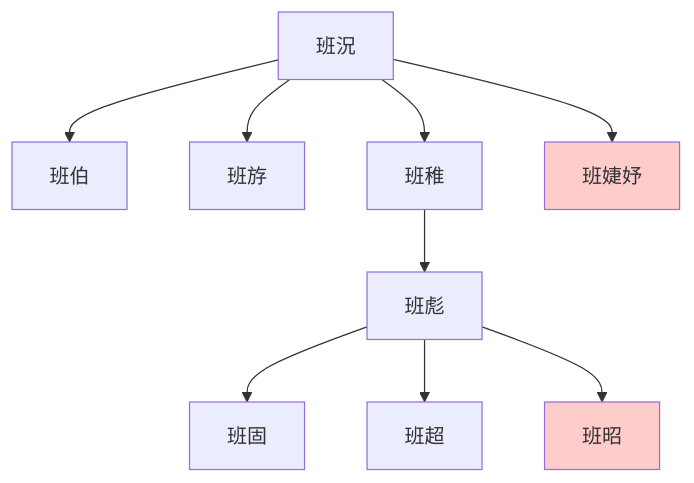
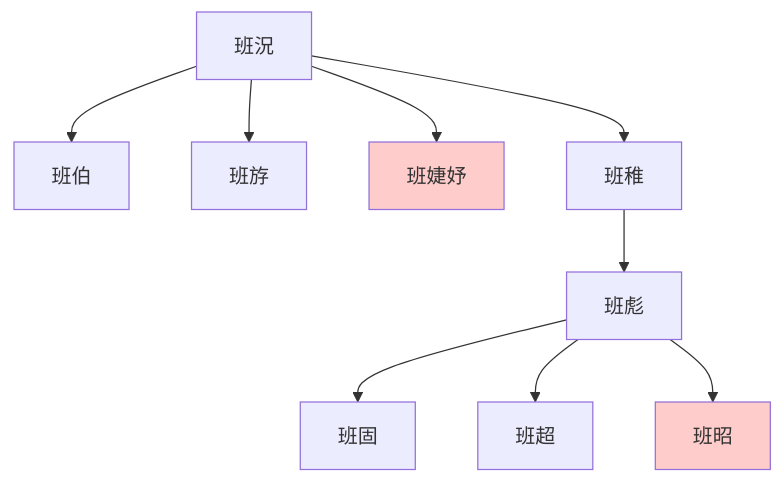
The second of 2 diagrams in 筆記/资治通鉴31.md (gamefang/zizhitongjian), drawn with Mermaid before and after one commit. The commit also changed other lines of this file and 4 other files, not shown here.

````diff
--- a/筆記/资治通鉴31.md
+++ b/筆記/资治通鉴31.md
@@ -38,14 +38,14 @@
 ```mermaid
 graph TB
 班況-->班伯
 班況-->班斿
+班況-->班婕妤
 班況-->班稚
-班況-->班婕妤
 班稚-->班彪
 班彪-->班固
 班彪-->班超
 班彪-->班昭
 
 classDef female fill:#ffcccc
 class 班婕妤,班昭 female
 ```
````
